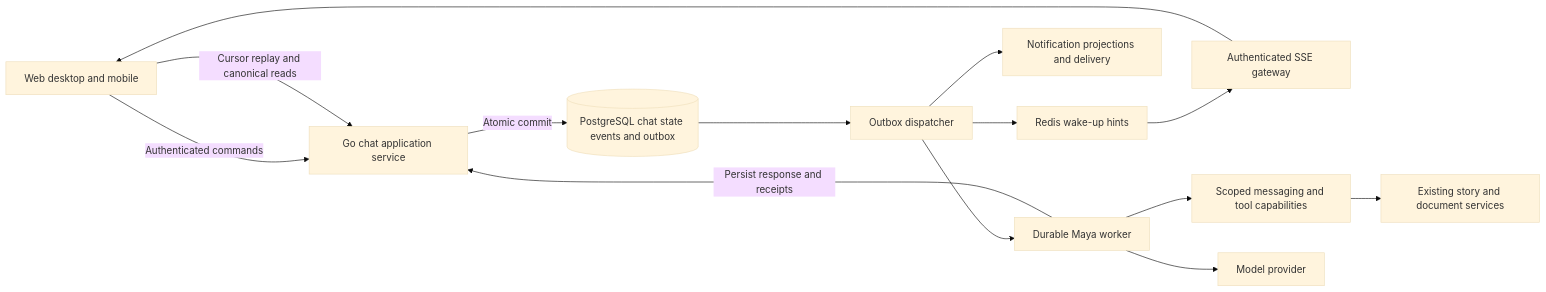
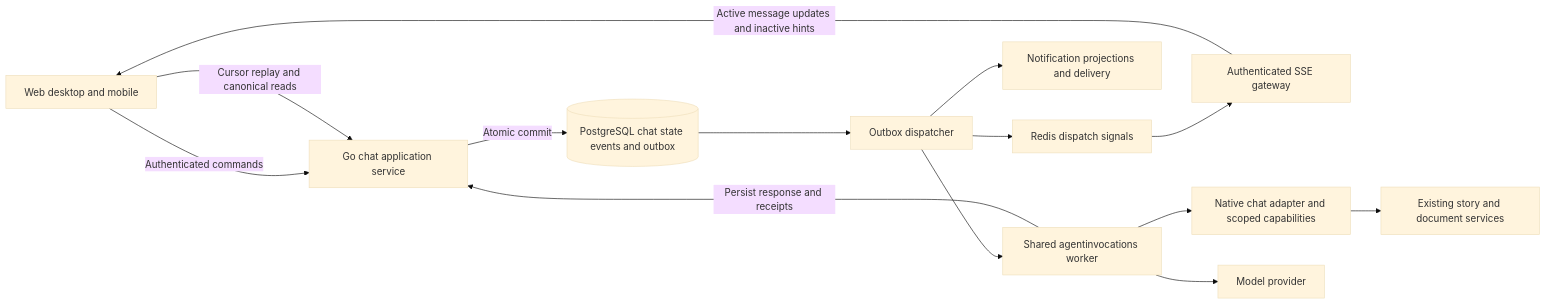
Before and after one commit to complexus-tech/fortyone: the diagram in docs/plans/native-chat/README.md, drawn with Mermaid (base theme). The commit also changed other lines of this file and 12 other files, not shown here.

````diff
--- a/docs/plans/native-chat/README.md
+++ b/docs/plans/native-chat/README.md
@@ -41,16 +45,16 @@
 ```mermaid
 flowchart LR
   C[Web desktop and mobile] -->|Authenticated commands| API[Go chat application service]
   API -->|Atomic commit| DB[(PostgreSQL chat state events and outbox)]
   DB --> D[Outbox dispatcher]
-  D --> R[Redis wake-up hints]
+  D --> R[Redis dispatch signals]
   R --> G[Authenticated SSE gateway]
-  G --> C
+  G -->|Active message updates and inactive hints| C
   C -->|Cursor replay and canonical reads| API
   D --> N[Notification projections and delivery]
-  D --> A[Durable Maya worker]
-  A --> M[Scoped messaging and tool capabilities]
+  D --> A[Shared agentinvocations worker]
+  A --> M[Native chat adapter and scoped capabilities]
   M --> S[Existing story and document services]
   A -->|Persist response and receipts| API
   A --> P[Model provider]
 ```
````
